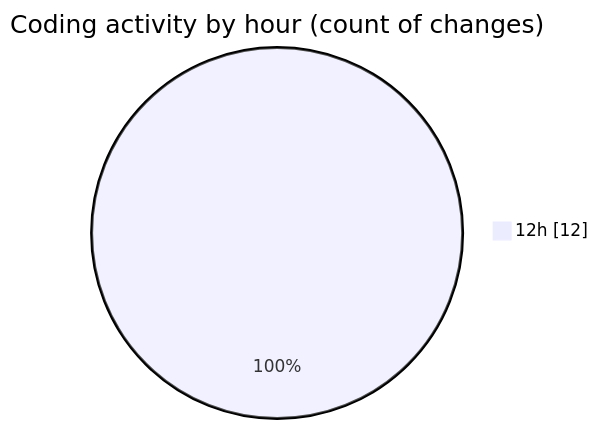
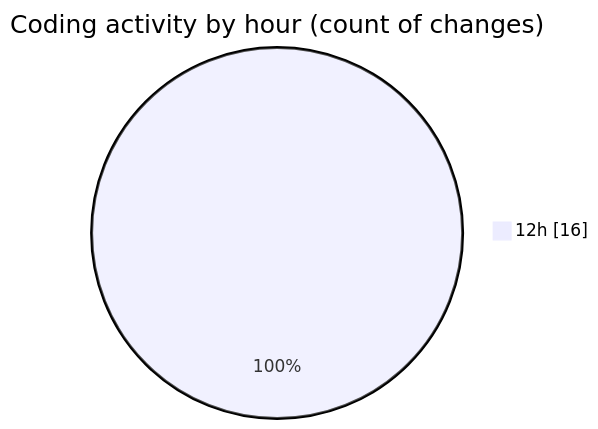
The second of 2 diagrams in 2025-08-31/nxtqube_webapp/README.md (nxtqubesakshisongat/code-tracking), drawn with Mermaid before and after one commit. The commit also changed other lines of this file and 1 other file, not shown here.

````diff
--- a/2025-08-31/nxtqube_webapp/README.md
+++ b/2025-08-31/nxtqube_webapp/README.md
@@ -28,5 +28,5 @@
 ```mermaid
 pie showData
 title Coding activity by hour (count of changes)
-"12h" : 12
+"12h" : 16
 ```
````
